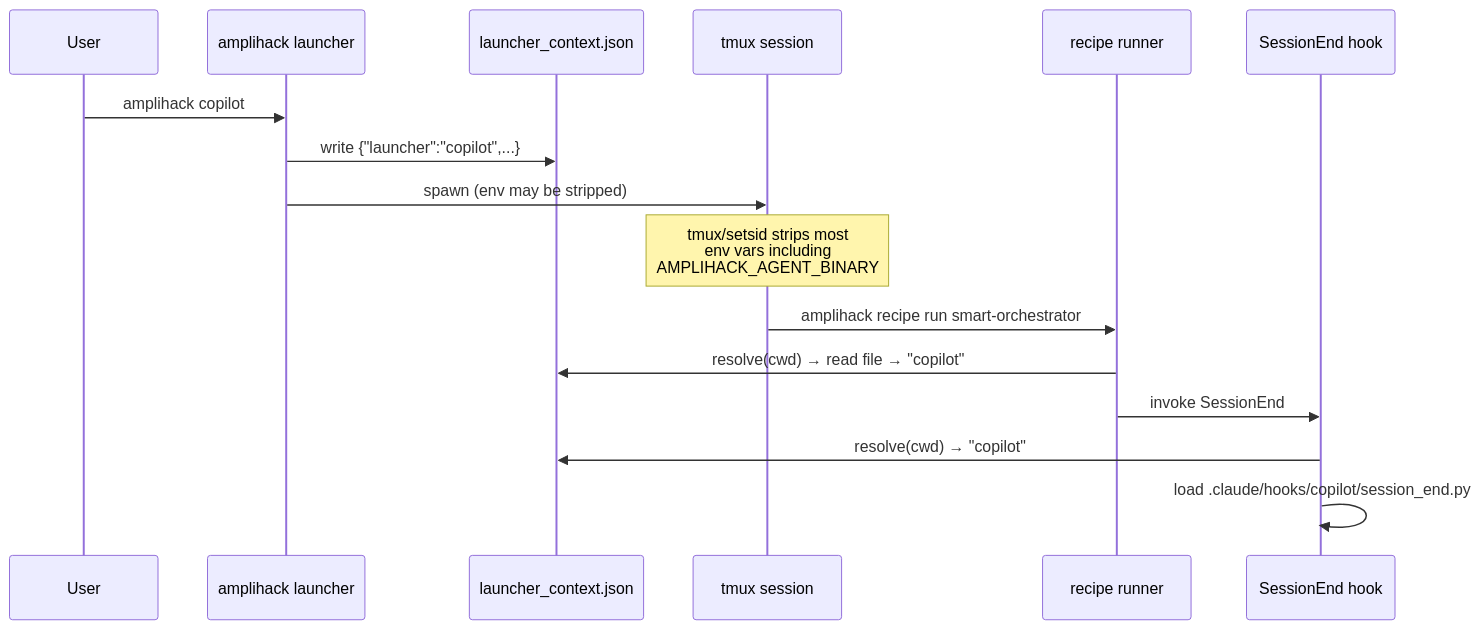
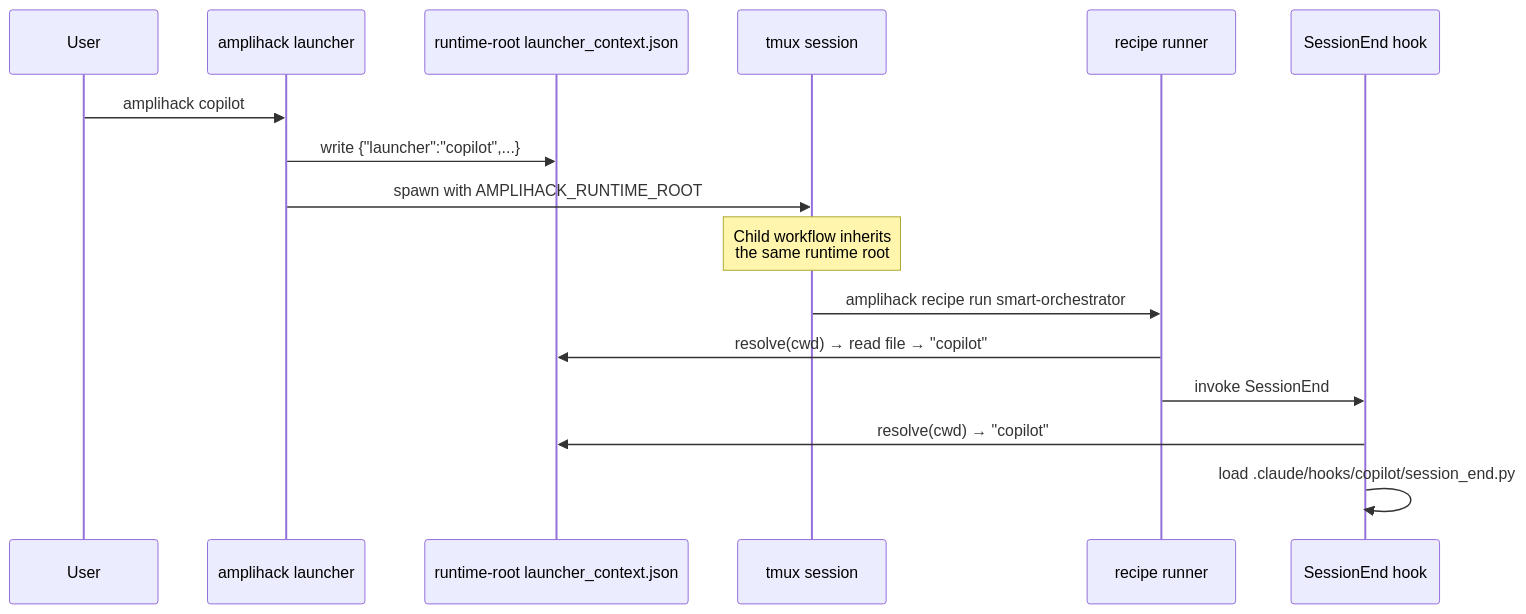
One commit to rysweet/amplihack-rs changed the second of 2 diagrams in docs/concepts/agent-binary-routing.md. Above: the diagram before and after it, drawn with Mermaid. The commit also changed other lines of this file and 26 other files, not shown here.

Commit message:
fix: isolate workflow runtime artifacts

````diff
--- a/docs/concepts/agent-binary-routing.md
+++ b/docs/concepts/agent-binary-routing.md
@@ -81,19 +111,19 @@
 ```mermaid
 sequenceDiagram
     participant U as User
     participant L as amplihack launcher
-    participant F as launcher_context.json
+    participant F as runtime-root launcher_context.json
     participant T as tmux session
     participant R as recipe runner
     participant H as SessionEnd hook
 
     U->>L: amplihack copilot
     L->>F: write {"launcher":"copilot",...}
-    L->>T: spawn (env may be stripped)
-    Note over T: tmux/setsid strips most<br/>env vars including<br/>AMPLIHACK_AGENT_BINARY
+    L->>T: spawn with AMPLIHACK_RUNTIME_ROOT
+    Note over T: Child workflow inherits<br/>the same runtime root
     T->>R: amplihack recipe run smart-orchestrator
     R->>F: resolve(cwd) → read file → "copilot"
     R->>H: invoke SessionEnd
     H->>F: resolve(cwd) → "copilot"
     H->>H: load .claude/hooks/copilot/session_end.py
 ```
````
